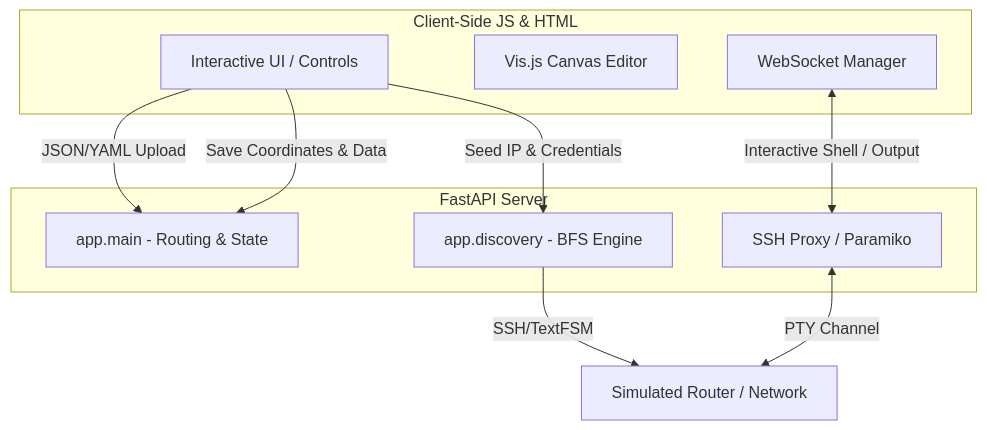
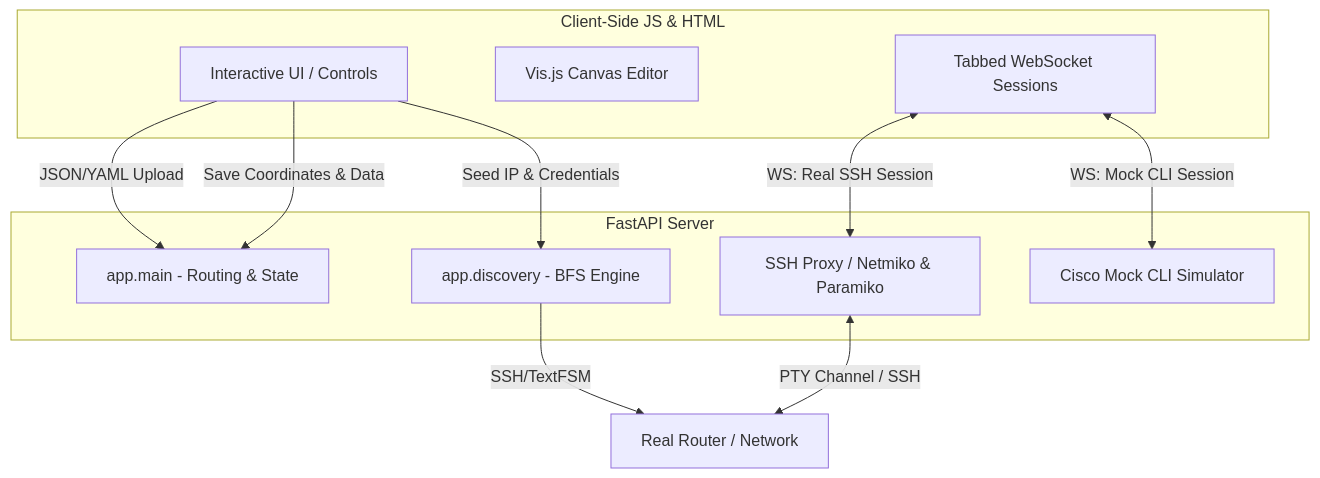
The diagram in README.md (EmmanuelPoe/network-topology-visualizer), drawn with Mermaid before and after one commit. The commit also changed other lines of this file and 1 other file, not shown here.

Commit message:
docs: update README with persistent coordinates and tabbed terminal architecture, update UI demo screenshot

````diff
--- a/README.md
+++ b/README.md
@@ -21,21 +21,23 @@
 ```mermaid
 graph TD
     subgraph Frontend [Client-Side JS & HTML]
         UI[Interactive UI / Controls]
         Vis[Vis.js Canvas Editor]
-        WS[WebSocket Manager]
+        WS[Tabbed WebSocket Sessions]
     end
 
     subgraph Backend [FastAPI Server]
         Main[app.main - Routing & State]
         Engine[app.discovery - BFS Engine]
-        SSH[SSH Proxy / Paramiko]
+        SSH[SSH Proxy / Netmiko & Paramiko]
+        Mock[Cisco Mock CLI Simulator]
     end
 
     UI -->|JSON/YAML Upload| Main
     UI -->|Seed IP & Credentials| Engine
-    Engine -->|SSH/TextFSM| Router[Simulated Router / Network]
-    WS <-->|Interactive Shell / Output| SSH
-    SSH <-->|PTY Channel| Router
+    Engine -->|SSH/TextFSM| Router[Real Router / Network]
+    WS <-->|WS: Real SSH Session| SSH
+    WS <-->|WS: Mock CLI Session| Mock
+    SSH <-->|PTY Channel / SSH| Router
     UI -->|Save Coordinates & Data| Main
 ```
````
